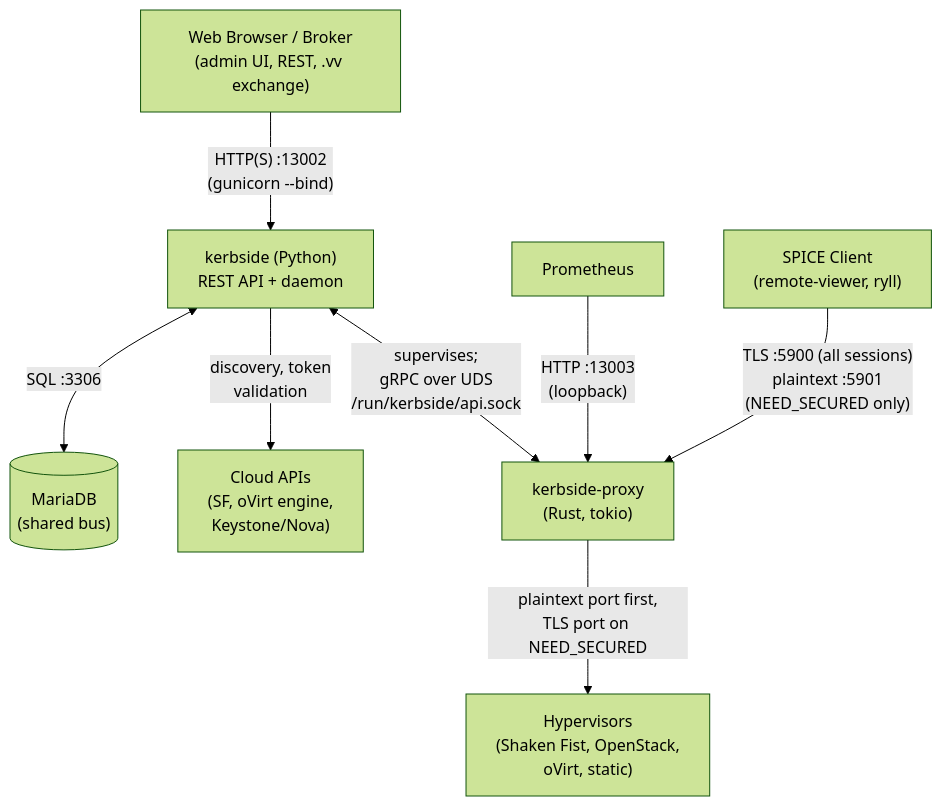
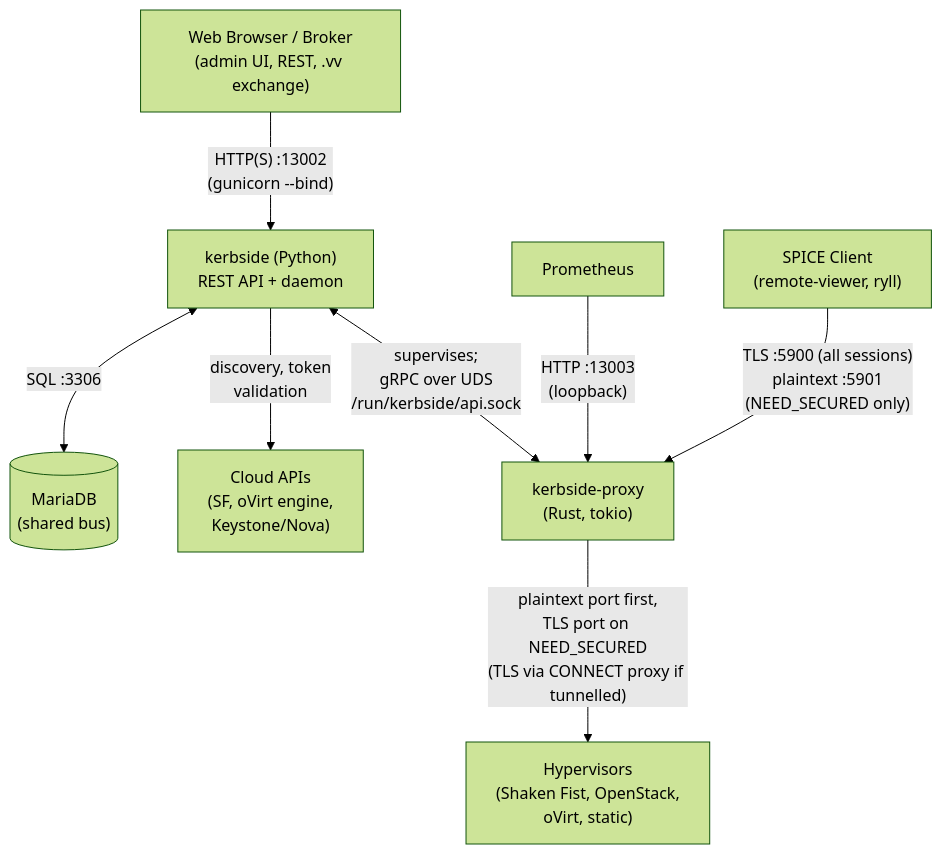
One commit to shakenfist/kerbside changed the first of 3 diagrams in ARCHITECTURE.md. Above: the diagram before and after it, drawn with Mermaid (forest theme). The commit also changed 4 other files, not shown here.

````diff
--- a/ARCHITECTURE.md
+++ b/ARCHITECTURE.md
@@ -13,20 +13,20 @@
 ```mermaid
 %%{init: {"flowchart": {"nodeSpacing": 60, "rankSpacing": 70}}}%%
 graph TD
     browser["Web Browser / Broker<br/>(admin UI, REST, .vv exchange)"]
     client["SPICE Client<br/>(remote-viewer, ryll)"]
     prom["Prometheus"]
     kerbside["kerbside (Python)<br/>REST API + daemon"]
     db[("MariaDB<br/>(shared bus)")]
     clouds["Cloud APIs<br/>(SF, oVirt engine,<br/>Keystone/Nova)"]
     proxy["kerbside-proxy<br/>(Rust, tokio)"]
     hv["Hypervisors<br/>(Shaken Fist, OpenStack,<br/>oVirt, static)"]
 
     browser -->|"HTTP(S) :13002<br/>(gunicorn --bind)"| kerbside
     client -->|"TLS :5900 (all sessions)<br/>plaintext :5901<br/>(NEED_SECURED only)"| proxy
     prom -->|"HTTP :13003<br/>(loopback)"| proxy
     kerbside <-->|"SQL :3306"| db
     kerbside -->|"discovery, token<br/>validation"| clouds
     kerbside <-->|"supervises;<br/>gRPC over UDS<br/>/run/kerbside/api.sock"| proxy
-    proxy -->|"plaintext port first,<br/>TLS port on NEED_SECURED"| hv
+    proxy -->|"plaintext port first,<br/>TLS port on NEED_SECURED<br/>(TLS via CONNECT proxy if tunnelled)"| hv
 ```
````
